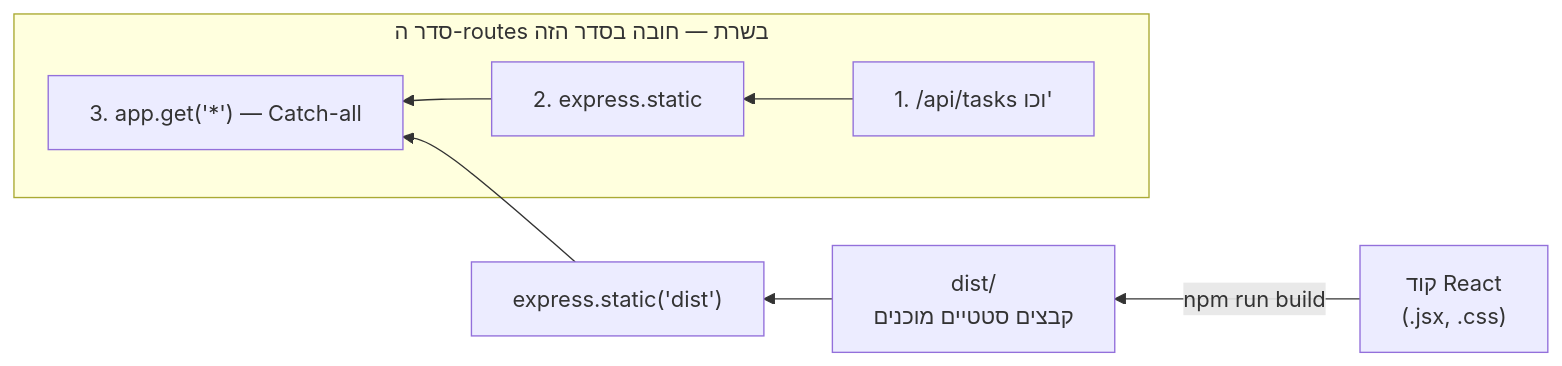
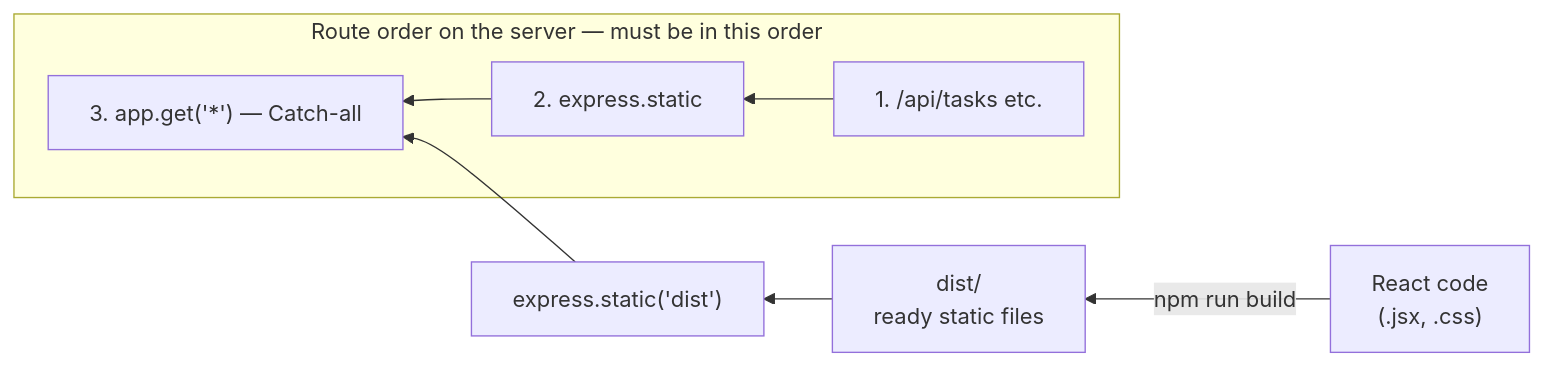
Before and after one commit to neriyaMalachi/FullStack_kodkode_5: the diagram in content/docs/react-server/104-react-server-deployment-content.md, drawn with Mermaid. The commit also changed other lines of this file and 117 other files, not shown here.

````diff
--- a/content/docs/react-server/104-react-server-deployment-content.md
+++ b/content/docs/react-server/104-react-server-deployment-content.md
@@ -50,9 +50,9 @@
 ```mermaid
 flowchart RL
-    A["קוד React<br/>(.jsx, .css)"] -->|"npm run build"| B["dist/<br/>קבצים סטטיים מוכנים"]
+    A["React code<br/>(.jsx, .css)"] -->|"npm run build"| B["dist/<br/>ready static files"]
     B --> C["express.static('dist')"]
-    subgraph server["סדר ה-routes בשרת — חובה בסדר הזה"]
-        D["1. /api/tasks וכו'"] --> E["2. express.static"] --> F["3. app.get('*') — Catch-all"]
+    subgraph server["Route order on the server — must be in this order"]
+        D["1. /api/tasks etc."] --> E["2. express.static"] --> F["3. app.get('*') — Catch-all"]
     end
     C --> F
 ```
````
